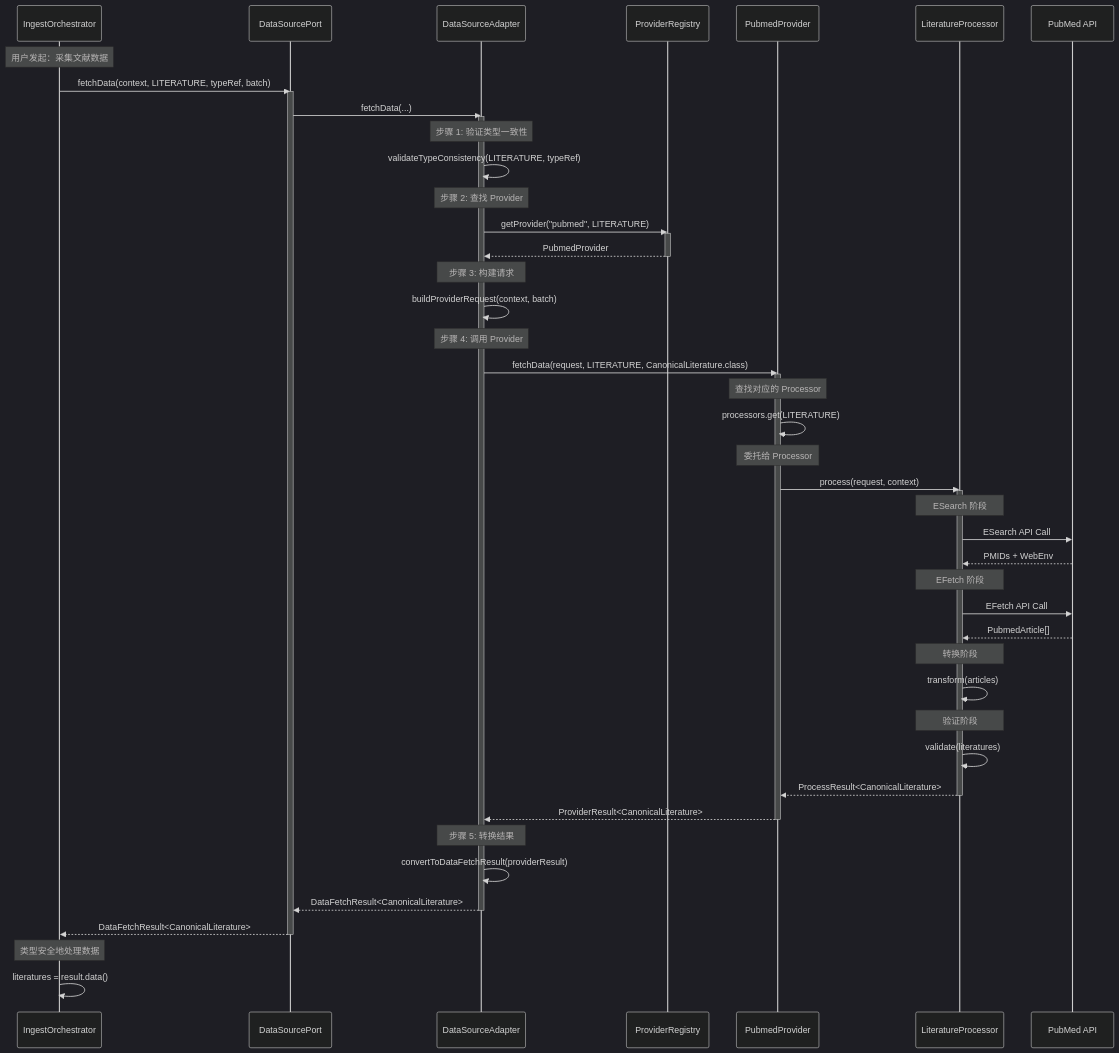
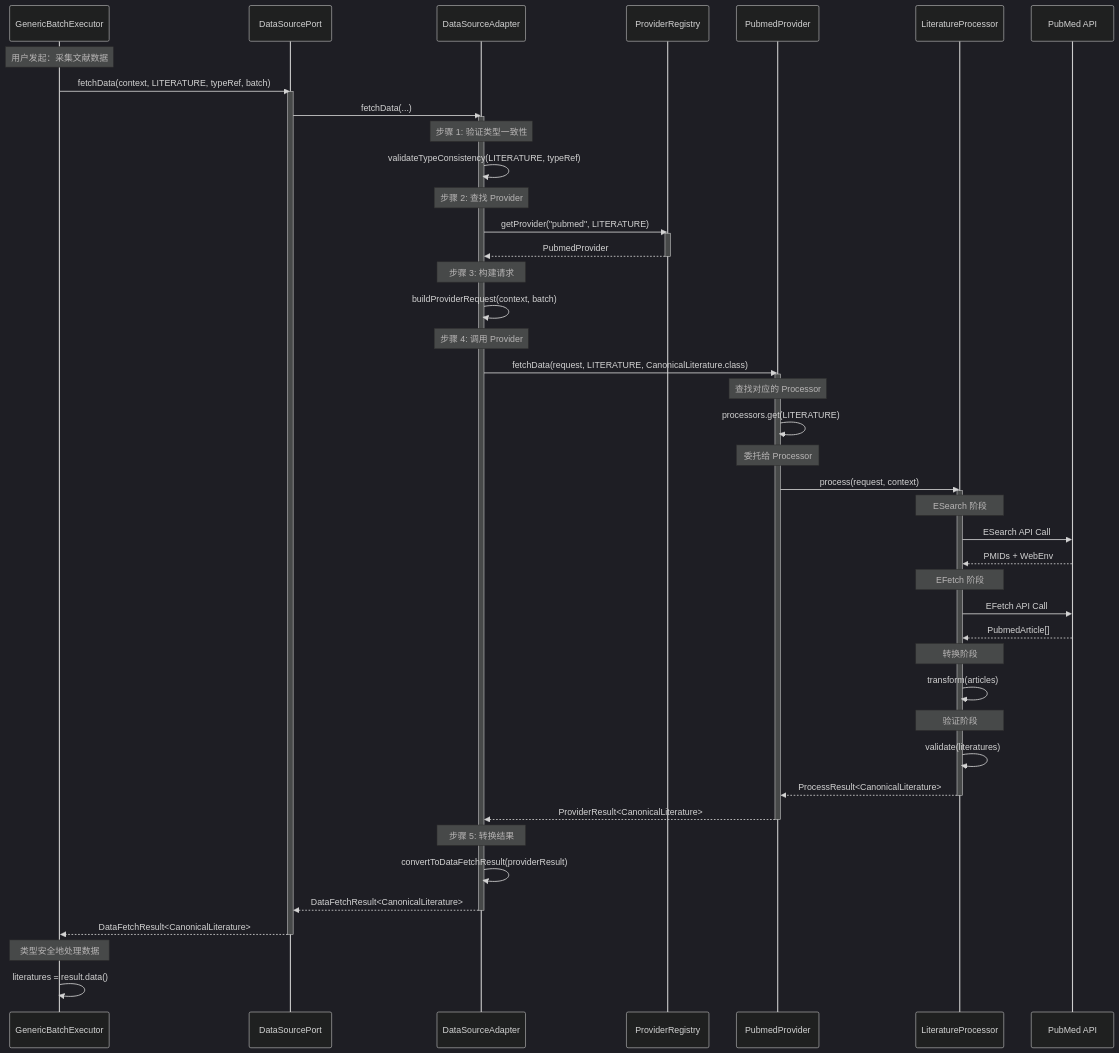
One commit to linqibin0826/patra changed the diagram in patra-api/dev/docs/多数据类型数据源架构设计方案-实现指南.md. Above: the diagram before and after it, drawn with Mermaid (dark theme). The commit also changed other lines of this file and 1 other file, not shown here.

Commit message:
docs: 更新多数据类型数据源架构设计方案及实现指南

````diff
--- a/patra-api/dev/docs/多数据类型数据源架构设计方案-实现指南.md
+++ b/patra-api/dev/docs/多数据类型数据源架构设计方案-实现指南.md
@@ -27,73 +27,73 @@
 ```mermaid
 sequenceDiagram
-    participant App as IngestOrchestrator
+    participant App as GenericBatchExecutor
     participant Port as DataSourcePort
     participant Adapter as DataSourceAdapter
     participant Registry as ProviderRegistry
     participant Provider as PubmedProvider
     participant Processor as LiteratureProcessor
     participant API as PubMed API
 
     Note over App: 用户发起：采集文献数据
 
     App->>Port: fetchData(context, LITERATURE, typeRef, batch)
     activate Port
 
     Port->>Adapter: fetchData(...)
     activate Adapter
 
     Note over Adapter: 步骤 1: 验证类型一致性
     Adapter->>Adapter: validateTypeConsistency(LITERATURE, typeRef)
 
     Note over Adapter: 步骤 2: 查找 Provider
     Adapter->>Registry: getProvider("pubmed", LITERATURE)
     activate Registry
     Registry-->>Adapter: PubmedProvider
     deactivate Registry
 
     Note over Adapter: 步骤 3: 构建请求
     Adapter->>Adapter: buildProviderRequest(context, batch)
 
     Note over Adapter: 步骤 4: 调用 Provider
     Adapter->>Provider: fetchData(request, LITERATURE, CanonicalLiterature.class)
     activate Provider
 
     Note over Provider: 查找对应的 Processor
     Provider->>Provider: processors.get(LITERATURE)
 
     Note over Provider: 委托给 Processor
     Provider->>Processor: process(request, context)
     activate Processor
 
     Note over Processor: ESearch 阶段
     Processor->>API: ESearch API Call
     API-->>Processor: PMIDs + WebEnv
 
     Note over Processor: EFetch 阶段
     Processor->>API: EFetch API Call
     API-->>Processor: PubmedArticle[]
 
     Note over Processor: 转换阶段
     Processor->>Processor: transform(articles)
 
     Note over Processor: 验证阶段
     Processor->>Processor: validate(literatures)
 
     Processor-->>Provider: ProcessResult<CanonicalLiterature>
     deactivate Processor
 
     Provider-->>Adapter: ProviderResult<CanonicalLiterature>
     deactivate Provider
 
     Note over Adapter: 步骤 5: 转换结果
     Adapter->>Adapter: convertToDataFetchResult(providerResult)
 
     Adapter-->>Port: DataFetchResult<CanonicalLiterature>
     deactivate Adapter
 
     Port-->>App: DataFetchResult<CanonicalLiterature>
     deactivate Port
 
     Note over App: 类型安全地处理数据
     App->>App: literatures = result.data()
 ```
````
